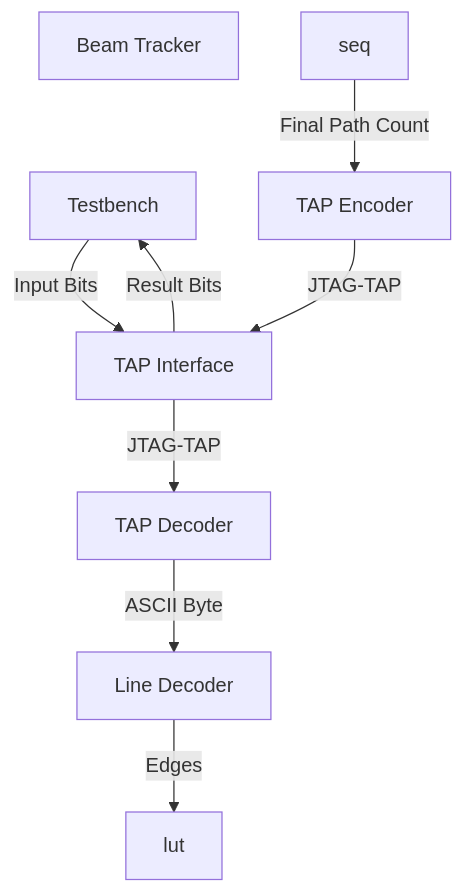
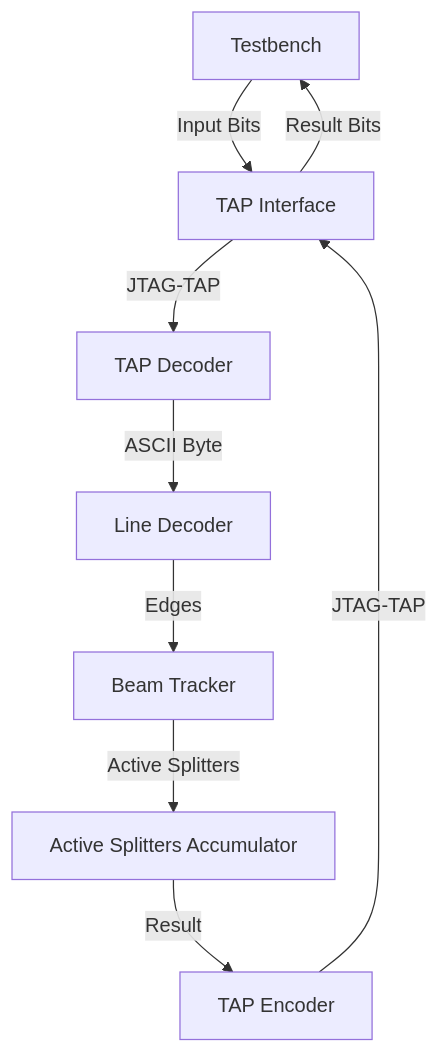
The diagram in 25/7/README.md (MatthieuMichon/aoc-rtl), drawn with Mermaid before and after one commit. The commit also changed other lines of this file, not shown here.

Commit message:
(day7.1) doc: Fix diagram

````diff
--- a/25/7/README.md
+++ b/25/7/README.md
@@ -106,17 +106,19 @@
 ```mermaid
 flowchart
 tb["Testbench"]
 tap["TAP Interface"]
 tap-dec["TAP Decoder"]
 dec["Line Decoder"]
 beam["Beam Tracker"]
 tap-enc["TAP Encoder"]
+cnt["Active Splitters Accumulator"]
 
 tb --Input Bits--> tap
 tap --JTAG-TAP--> tap-dec
 tap-dec --ASCII Byte --> dec
-dec --Edges--> lut
-seq --Final Path Count--> tap-enc
+dec --Edges--> beam
+beam --Active Splitters--> cnt
+cnt --Result--> tap-enc
 tap-enc --JTAG-TAP--> tap
 tap --Result Bits--> tb
 ```
````
